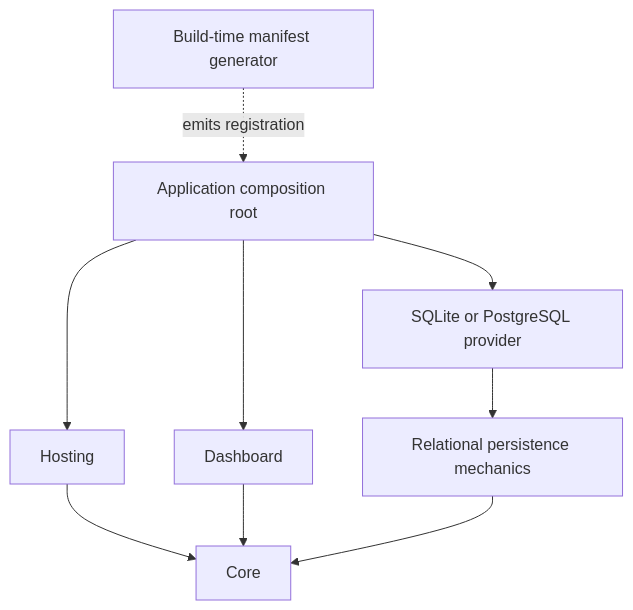
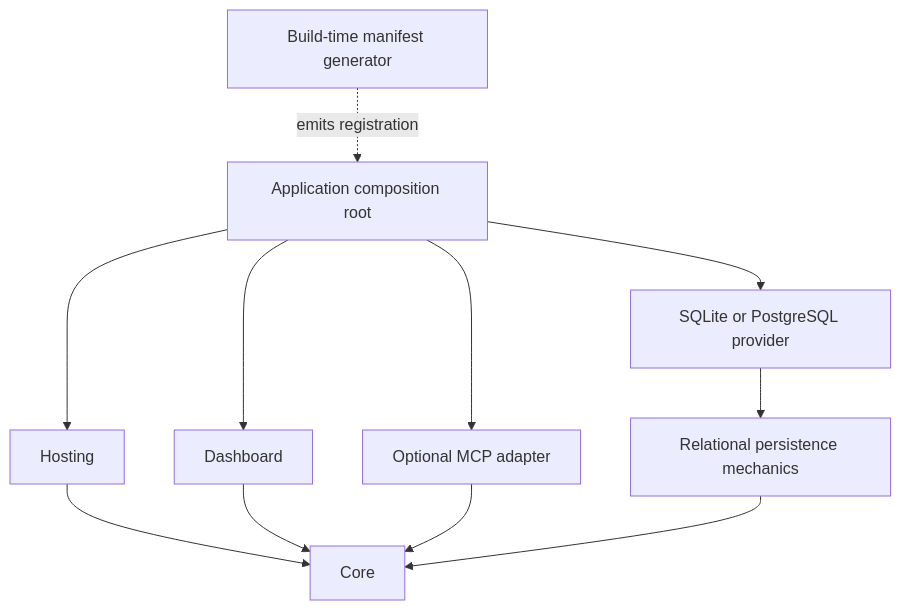
Before and after one commit to SDKexplorer/WorkThrough: the diagram in docs/architecture.md, drawn with Mermaid. The commit also changed 29 other files, not shown here.

````diff
--- a/docs/architecture.md
+++ b/docs/architecture.md
@@ -7,11 +7,13 @@
 ```mermaid
 flowchart TD
     Sample[Application composition root] --> Hosting
     Sample --> Dashboard
+    Sample --> Mcp[Optional MCP adapter]
     Sample --> Provider[SQLite or PostgreSQL provider]
     Provider --> Relational[Relational persistence mechanics]
     Hosting --> Core
     Dashboard --> Core
+    Mcp --> Core
     Relational --> Core
     Generator[Build-time manifest generator] -. emits registration .-> Sample
 ```
````
